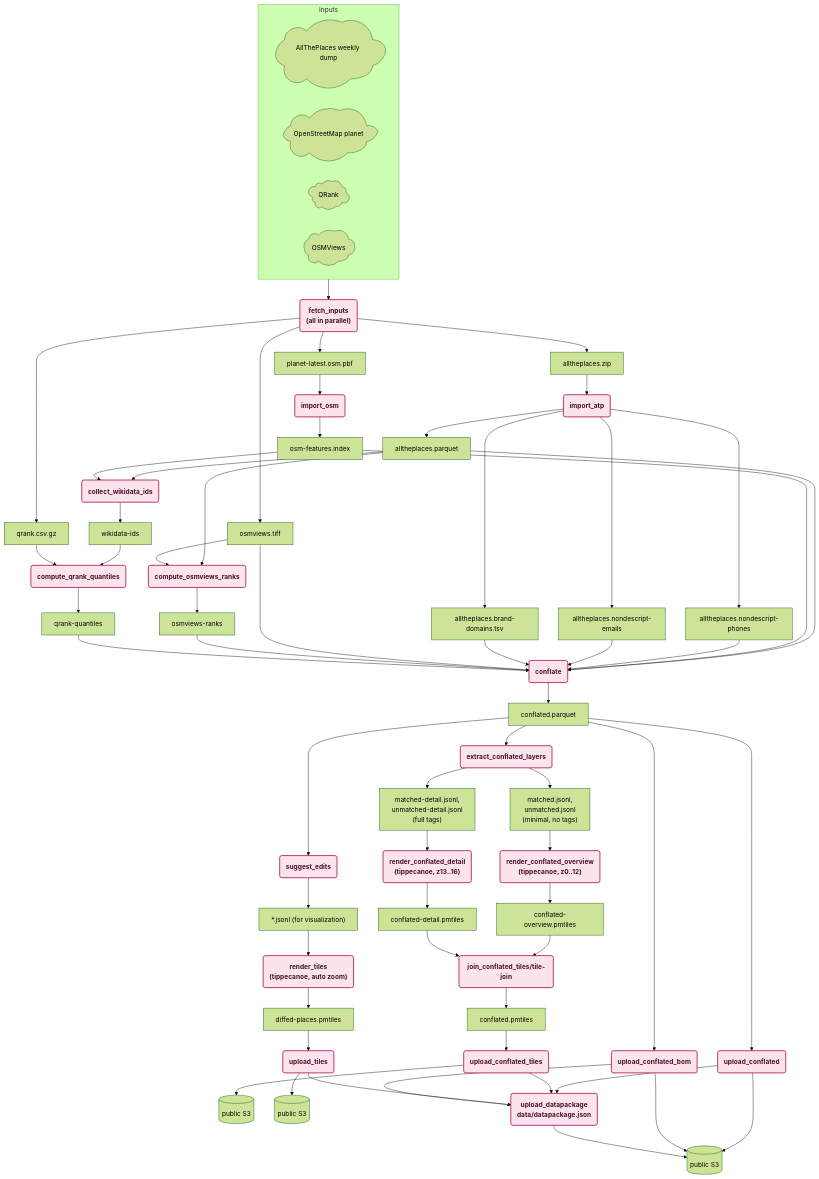
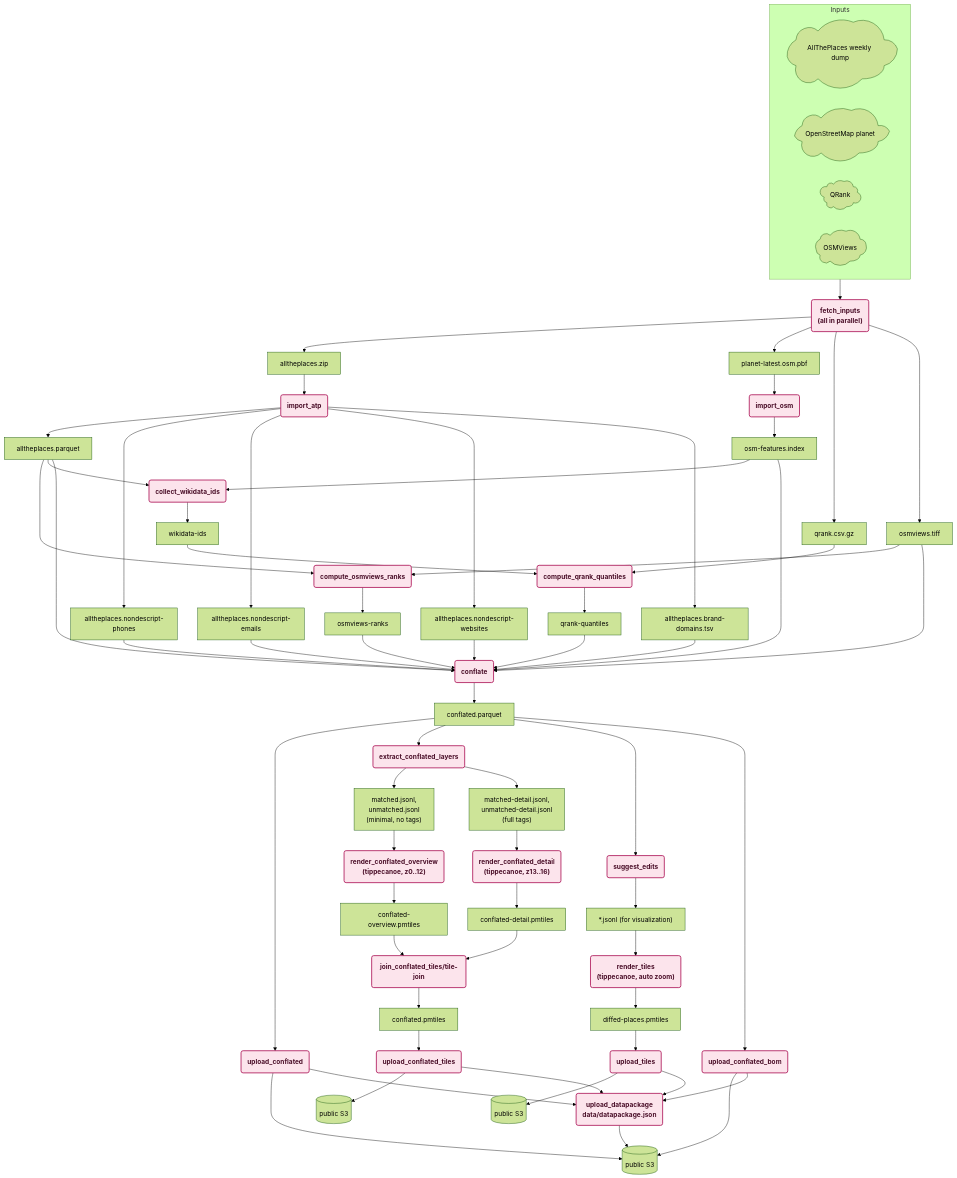
Before and after one commit to brawer/osmdiffs: the diagram in docs/TECHNICAL_DESIGN.md, drawn with Mermaid (forest theme). The commit also changed other lines of this file and 7 other files, not shown here.

````diff
--- a/docs/TECHNICAL_DESIGN.md
+++ b/docs/TECHNICAL_DESIGN.md
@@ -177,70 +177,72 @@
 ```mermaid
 graph TD
     ATP_SRC@{ shape: cloud, label: "AllThePlaces weekly dump" }
     OSM_SRC@{ shape: cloud, label: "OpenStreetMap planet" }
     QRANK_SRC@{ shape: cloud, label: "QRank" }
     OSMVIEWS_SRC@{ shape: cloud, label: "OSMViews" }
 
     subgraph INPUTS [Inputs]
         ATP_SRC
         OSM_SRC
         QRANK_SRC
         OSMVIEWS_SRC
     end
     INPUTS --> FETCH_INPUTS("fetch_inputs<br/>(all in parallel)")
     FETCH_INPUTS --> ATP_ZIP[alltheplaces.zip]
     FETCH_INPUTS --> OSM_PBF[planet-latest.osm.pbf]
     FETCH_INPUTS --> QRANK_CSV[qrank.csv.gz]
     FETCH_INPUTS --> OSMVIEWS_TIFF[osmviews.tiff]
 
     ATP_ZIP --> IMPORT_ATP(import_atp) --> ATP_PARQUET[alltheplaces.parquet]
     IMPORT_ATP --> NONDESCRIPT_PHONES[alltheplaces.nondescript-phones]
     IMPORT_ATP --> NONDESCRIPT_EMAILS[alltheplaces.nondescript-emails]
+    IMPORT_ATP --> NONDESCRIPT_WEBSITES[alltheplaces.nondescript-websites]
     IMPORT_ATP --> BRAND_DOMAINS[alltheplaces.brand-domains.tsv]
     ATP_PARQUET --> OSMVIEWS_RANKS(compute_osmviews_ranks)
     OSMVIEWS_TIFF --> OSMVIEWS_RANKS
     OSMVIEWS_RANKS --> OSMVIEWS_R[osmviews-ranks]
 
     OSM_PBF --> IMPORT_OSM(import_osm) --> OSM_INDEX[osm-features.index]
 
     ATP_PARQUET --> COLLECT_WIKI(collect_wikidata_ids)
     OSM_INDEX --> COLLECT_WIKI
     COLLECT_WIKI --> WIKIDATA[wikidata-ids]
     WIKIDATA --> QRANK_QUANTILES(compute_qrank_quantiles)
     QRANK_CSV --> QRANK_QUANTILES
     QRANK_QUANTILES --> QRANK_Q[qrank-quantiles]
 
     ATP_PARQUET --> CONFLATE(conflate)
     OSM_INDEX --> CONFLATE
     NONDESCRIPT_PHONES --> CONFLATE
     NONDESCRIPT_EMAILS --> CONFLATE
+    NONDESCRIPT_WEBSITES --> CONFLATE
     BRAND_DOMAINS --> CONFLATE
     OSMVIEWS_TIFF --> CONFLATE
     OSMVIEWS_R --> CONFLATE
     QRANK_Q --> CONFLATE
     CONFLATE --> CONFLATED[conflated.parquet]
     CONFLATED --> UPLOAD_CONFLATED(upload_conflated) --> S3A[("public S3")]
 
     CONFLATED --> EXTRACT_CONFLATED_LAYERS(extract_conflated_layers)
     EXTRACT_CONFLATED_LAYERS --> OVERVIEW_LAYERS["matched.jsonl,<br/>unmatched.jsonl<br/>(minimal, no tags)"]
     EXTRACT_CONFLATED_LAYERS --> DETAIL_LAYERS["matched-detail.jsonl,<br/>unmatched-detail.jsonl<br/>(full tags)"]
     OVERVIEW_LAYERS --> RENDER_CONFLATED_OVERVIEW("render_conflated_overview<br/>(tippecanoe, z0..12)") --> OVERVIEW_PMTILES[conflated-overview.pmtiles]
     DETAIL_LAYERS --> RENDER_CONFLATED_DETAIL("render_conflated_detail<br/>(tippecanoe, z13..16)") --> DETAIL_PMTILES[conflated-detail.pmtiles]
     OVERVIEW_PMTILES --> JOIN_CONFLATED_TILES(join_conflated_tiles/tile-join)
     DETAIL_PMTILES --> JOIN_CONFLATED_TILES
     JOIN_CONFLATED_TILES --> CONFLATED_PMTILES[conflated.pmtiles]
     CONFLATED_PMTILES --> UPLOAD_CONFLATED_TILES(upload_conflated_tiles) --> S3C[("public S3")]
 
     CONFLATED --> SUGGEST_EDITS(suggest_edits) --> LAYERS["*.jsonl (for visualization)"]
     LAYERS --> RENDER_TILES("render_tiles<br/>(tippecanoe, auto zoom)") --> PMTILES[diffed-places.pmtiles]
     PMTILES --> UPLOAD_TILES(upload_tiles) --> S3B[("public S3")]
 
     CONFLATED --> UPLOAD_BOM(upload_conflated_bom) --> S3A
     UPLOAD_CONFLATED --> UPLOAD_DATAPACKAGE
     UPLOAD_CONFLATED_TILES --> UPLOAD_DATAPACKAGE
     UPLOAD_TILES --> UPLOAD_DATAPACKAGE
     UPLOAD_BOM --> UPLOAD_DATAPACKAGE(upload_datapackage<br/>data/datapackage.json) --> S3A
 
     classDef process fill:#fce4ec,stroke:#ad1457,stroke-width:2px,color:#4a0e28,font-weight:bold;
     class FETCH_INPUTS,IMPORT_ATP,OSMVIEWS_RANKS,COLLECT_WIKI,QRANK_QUANTILES,IMPORT_OSM,CONFLATE,UPLOAD_CONFLATED,EXTRACT_CONFLATED_LAYERS,RENDER_CONFLATED_OVERVIEW,RENDER_CONFLATED_DETAIL,JOIN_CONFLATED_TILES,UPLOAD_CONFLATED_TILES,SUGGEST_EDITS,RENDER_TILES,UPLOAD_TILES,UPLOAD_BOM,UPLOAD_DATAPACKAGE process;
 ```
````
